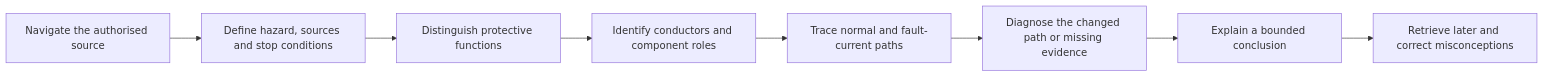
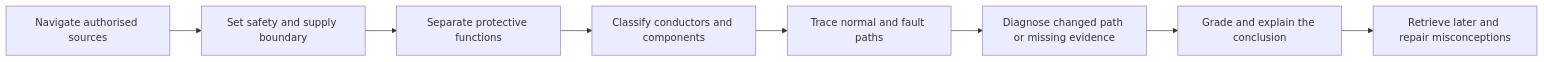
The second of 2 diagrams in docs/learning-plans/4-week/modules/day-07-week-1-consolidation-and-competency-check.md (andrew3stedall/capstone), drawn with Mermaid before and after one commit. The commit also changed other lines of this file, not shown here.

````diff
--- a/docs/learning-plans/4-week/modules/day-07-week-1-consolidation-and-competency-check.md
+++ b/docs/learning-plans/4-week/modules/day-07-week-1-consolidation-and-competency-check.md
@@ -150,10 +141,10 @@
 ```mermaid
 flowchart LR
-    N["Navigate the authorised source"] --> S["Define hazard, sources and stop conditions"]
-    S --> P["Distinguish protective functions"]
-    P --> C["Identify conductors and component roles"]
-    C --> F["Trace normal and fault-current paths"]
-    F --> D["Diagnose the changed path or missing evidence"]
-    D --> E["Explain a bounded conclusion"]
-    E --> R["Retrieve later and correct misconceptions"]
+    N["Navigate authorised sources"] --> S["Set safety and supply boundary"]
+    S --> P["Separate protective functions"]
+    P --> C["Classify conductors and components"]
+    C --> F["Trace normal and fault paths"]
+    F --> D["Diagnose changed path or missing evidence"]
+    D --> E["Grade and explain the conclusion"]
+    E --> R["Retrieve later and repair misconceptions"]
 ```
````
